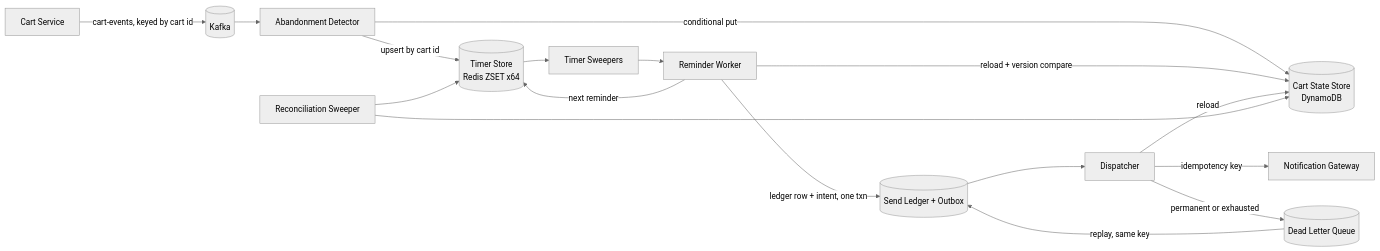
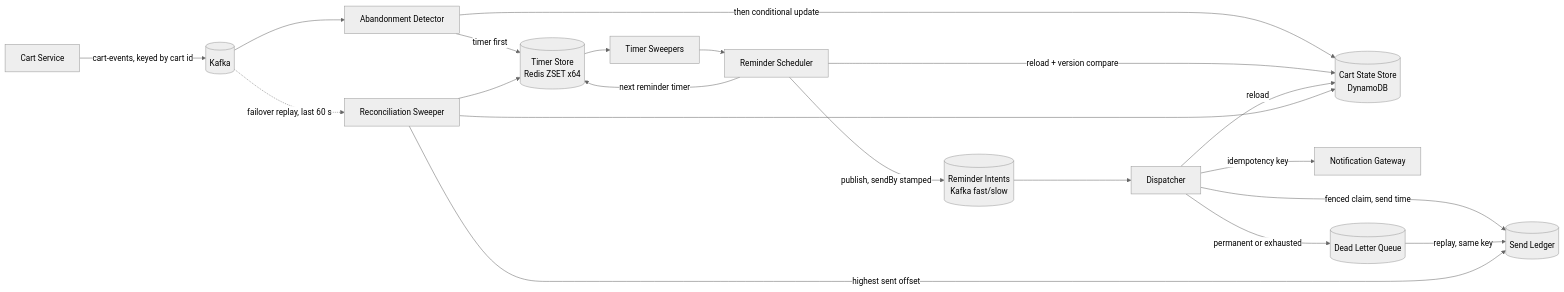
One commit to vikas8536/cart-reminder changed the diagram in DESIGN.md. Above: the diagram before and after it, drawn with Mermaid (neutral theme). The commit also changed other lines of this file, not shown here.

Commit message:
Fix round 1 (scope confirmed): rewrite the stale §4 Components table
The "Reminder Worker" row and the mermaid diagram described an
architecture that no longer exists in either mode: a scheduling-time
ledger-plus-outbox write. Rewrote the row as "Reminder Scheduler"
(ReminderScheduler/SchedulerRole), which publishes a sendBy-stamped
intent and writes no ledger row; dedupe is the dispatcher's job at
send time via a fenced claim. Updated the Dispatcher and Reconciliation
Sweeper rows' jobs and "Talks to" columns to match what's built
(Send Ledger, the guardrail switch, the ledger's highest sent offset,
failover replay from cart-events), added the sparse open-cart index
to the Cart State Store row, and redrew the flowchart to match
(Reminder Intents in place of Send Ledger + Outbox, a fenced claim at
the dispatcher, and the reconciler's failover-replay path). Also fixed
the State machine's REMINDER-fire bullet, which had the same stale
"write the ledger row and outbox intent" and a lateness check that no
longer happens at scheduling time.

````diff
--- a/DESIGN.md
+++ b/DESIGN.md
@@ -48,19 +48,22 @@
 ```mermaid
 flowchart LR
   CS[Cart Service] -->|cart-events, keyed by cart id| K[(Kafka)]
   K --> D[Abandonment Detector]
-  D -->|conditional put| S[(Cart State Store<br/>DynamoDB)]
-  D -->|upsert by cart id| T[(Timer Store<br/>Redis ZSET x64)]
+  D -->|timer first| T[(Timer Store<br/>Redis ZSET x64)]
+  D -->|then conditional update| S[(Cart State Store<br/>DynamoDB)]
   T --> SW[Timer Sweepers]
-  SW --> RW[Reminder Worker]
-  RW -->|reload + version compare| S
-  RW -->|next reminder| T
-  RW -->|ledger row + intent, one txn| L[(Send Ledger + Outbox)]
-  L --> DP[Dispatcher]
+  SW --> RS[Reminder Scheduler]
+  RS -->|reload + version compare| S
+  RS -->|next reminder timer| T
+  RS -->|publish, sendBy stamped| I[(Reminder Intents<br/>Kafka fast/slow)]
+  I --> DP[Dispatcher]
+  DP -->|fenced claim, send time| L[(Send Ledger)]
   DP -->|reload| S
   DP -->|idempotency key| G[Notification Gateway]
   DP -->|permanent or exhausted| DLQ[(Dead Letter Queue)]
   DLQ -->|replay, same key| L
   RC[Reconciliation Sweeper] --> S
   RC --> T
+  RC -->|highest sent offset| L
+  K -.->|failover replay, last 60 s| RC
 ```
````
